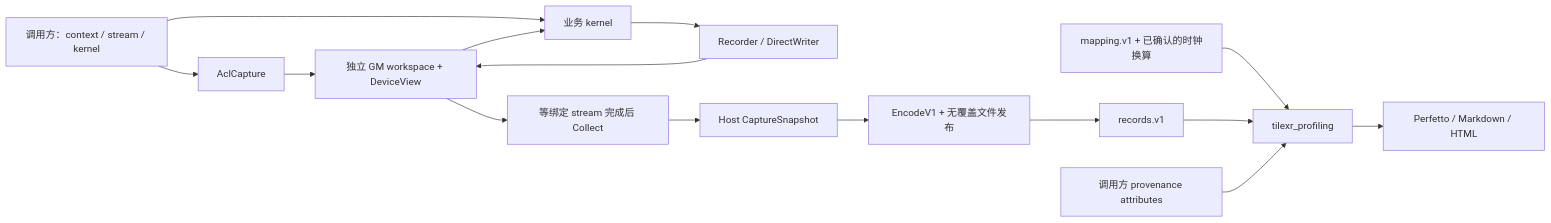
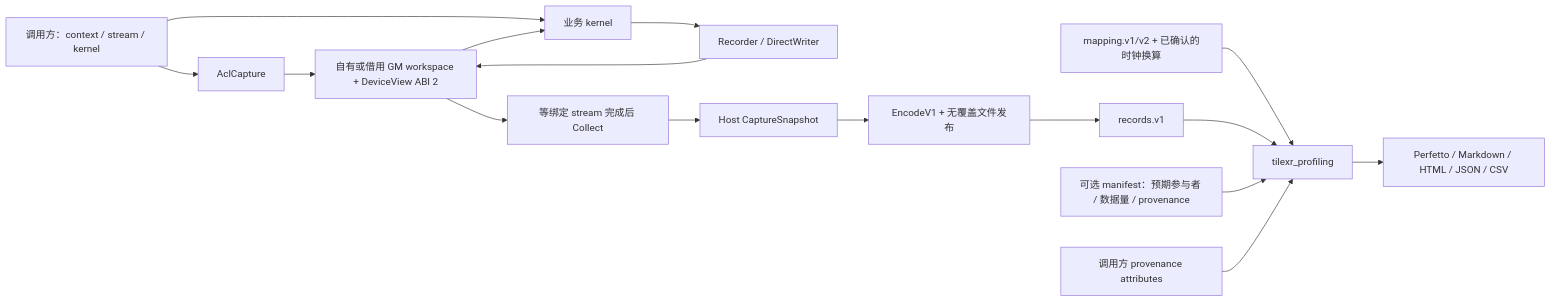
The diagram in docs/specs/profiling.md (Denver17/TileXR), drawn with Mermaid before and after one commit. The commit also changed other lines of this file and 72 other files, not shown here.

Commit message:
feat(profiling): integrate complete standalone capture and analysis on main (#216)

````diff
--- a/docs/specs/profiling.md
+++ b/docs/specs/profiling.md
@@ -28,17 +28,18 @@
 ```mermaid
 flowchart LR
     App[调用方：context / stream / kernel] --> Capture[AclCapture]
-    Capture --> GM[独立 GM workspace + DeviceView]
+    Capture --> GM[自有或借用 GM workspace + DeviceView ABI 2]
     App --> Kernel[业务 kernel]
     GM --> Kernel
     Kernel --> Writer[Recorder / DirectWriter]
     Writer --> GM
     GM --> Collect[等绑定 stream 完成后 Collect]
     Collect --> Snapshot[Host CaptureSnapshot]
     Snapshot --> Export[EncodeV1 + 无覆盖文件发布]
     Export --> Records[records.v1]
-    Mapping[mapping.v1 + 已确认的时钟换算] --> Python[tilexr_profiling]
+    Mapping[mapping.v1/v2 + 已确认的时钟换算] --> Python[tilexr_profiling]
     Records --> Python
+    Manifest[可选 manifest：预期参与者 / 数据量 / provenance] --> Python
     Attributes[调用方 provenance attributes] --> Python
-    Python --> Reports[Perfetto / Markdown / HTML]
+    Python --> Reports[Perfetto / Markdown / HTML / JSON / CSV]
 ```
````
